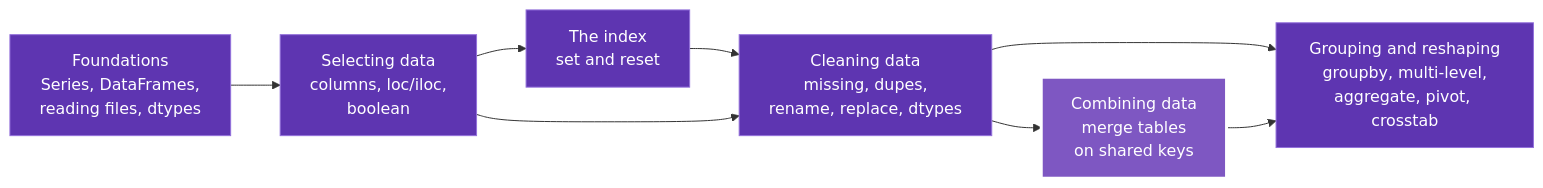
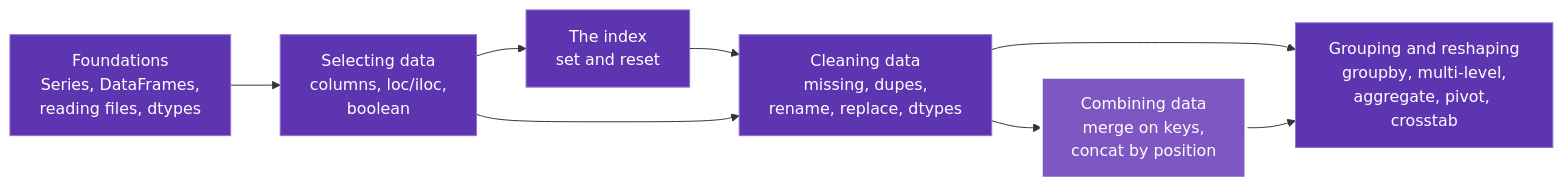
The diagram in docs/index.md (karywnl/pandas), drawn with Mermaid before and after one commit. The commit also changed other lines of this file and 9 other files, not shown here.

````diff
--- a/docs/index.md
+++ b/docs/index.md
@@ -16,16 +16,16 @@
 ```mermaid
 flowchart LR
     F["Foundations<br/>Series, DataFrames,<br/>reading files, dtypes"] --> SEL["Selecting data<br/>columns, loc/iloc,<br/>boolean"]
     SEL --> IDX["The index<br/>set and reset"]
     IDX --> CLEAN["Cleaning data<br/>missing, dupes,<br/>rename, replace, dtypes"]
     CLEAN --> GRP["Grouping and reshaping<br/>groupby, multi-level,<br/>aggregate, pivot, crosstab"]
     SEL --> CLEAN
-    CLEAN --> COMB["Combining data<br/>merge tables<br/>on shared keys"]
+    CLEAN --> COMB["Combining data<br/>merge on keys,<br/>concat by position"]
     COMB --> GRP
     style F fill:#5e35b1,color:#fff
     style SEL fill:#5e35b1,color:#fff
     style IDX fill:#5e35b1,color:#fff
     style CLEAN fill:#5e35b1,color:#fff
     style GRP fill:#5e35b1,color:#fff
     style COMB fill:#7e57c2,color:#fff,stroke:#fff,stroke-width:3px
 ```
````
